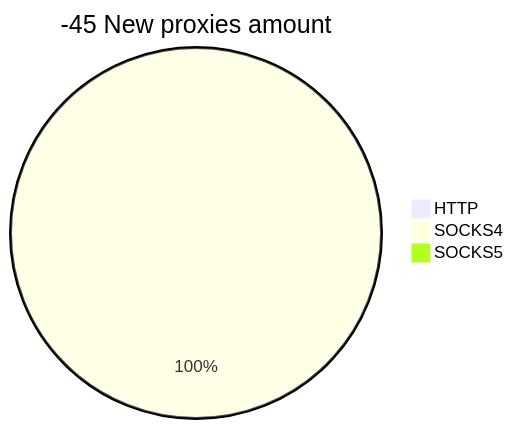
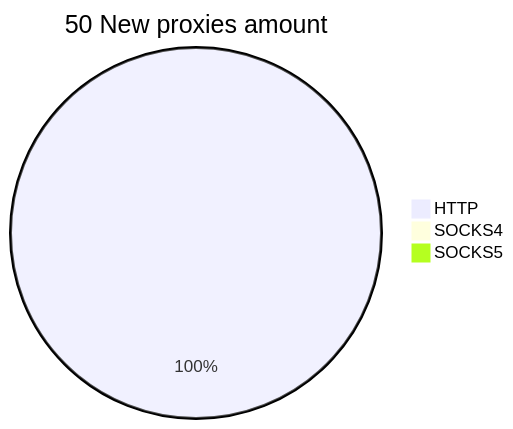
The second of 2 diagrams in README.md (cutipu/proxylist), drawn with Mermaid before and after one commit. The commit also changed other lines of this file, not shown here.

````diff
--- a/README.md
+++ b/README.md
@@ -10,6 +10,6 @@
 ```mermaid
-pie title -45 New proxies amount
-    "HTTP" : 0
-    "SOCKS4" : 4
+pie title 50 New proxies amount
+    "HTTP" : 50
+    "SOCKS4" : 0
     "SOCKS5" : 0
 ```
````
